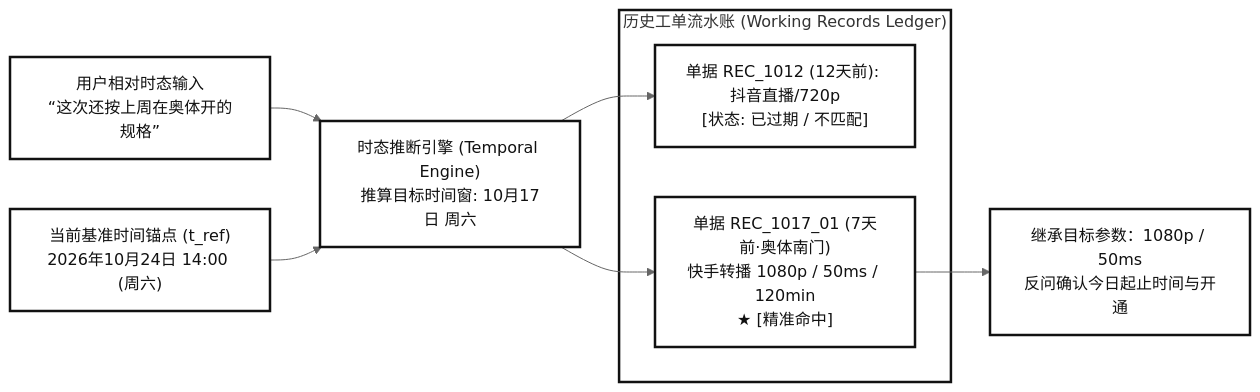
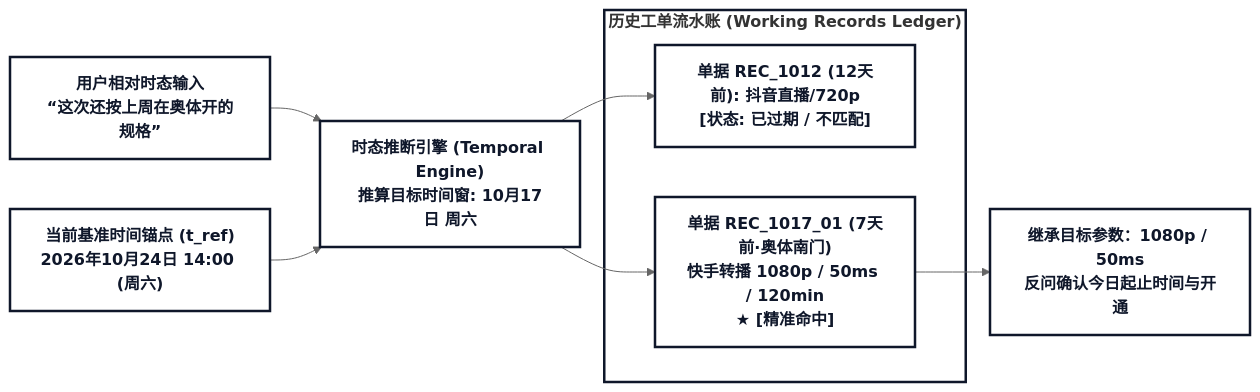
Before and after one commit to wangbanjin1/cross_data_gen: the fourth of 5 diagrams in docs/archive/memory_evolution_proposal.md, drawn with Mermaid (neutral theme). The commit also changed other lines of this file and 17 other files, not shown here.

Commit message:
docs: reorganize 4-layer doc architecture, convert ASCII to Mermaid, and upgrade HTML visual renderer

````diff
--- a/docs/archive/memory_evolution_proposal.md
+++ b/docs/archive/memory_evolution_proposal.md
@@ -139,19 +137,19 @@
 ```mermaid
 graph LR
-    classDef default fill:#FFFFFF,stroke:#111111,stroke-width:2.5px,color:#111111;
+    classDef default fill:#FFFFFF,stroke:#0F172A,stroke-width:2.5px,color:#0F172A,font-weight:bold;
 
-    UserInput["用户相对时态输入<br/>“这次还按上周在奥体开的规格”"] --> Engine["时态推断引擎 (Temporal Engine)<br/>推算目标时间窗: 10月17日 周六"]
-    TimeRef["当前基准时间锚点 (t_ref)<br/>2026年10月24日 14:00 (周六)"] --> Engine
+    UserInput["<b>用户相对时态输入<br/>“这次还按上周在奥体开的规格”</b>"] --> Engine["<b>时态推断引擎 (Temporal Engine)<br/>推算目标时间窗: 10月17日 周六</b>"]
+    TimeRef["<b>当前基准时间锚点 (t_ref)<br/>2026年10月24日 14:00 (周六)</b>"] --> Engine
 
-    subgraph Ledger ["历史工单流水账 (Working Records Ledger)"]
-        R1["单据 REC_1012 (12天前): 抖音直播/720p<br/>[状态: 已过期 / 不匹配]"]
-        R2["单据 REC_1017_01 (7天前·奥体南门)<br/>快手转播 1080p / 50ms / 120min<br/>★ [精准命中]"]
+    subgraph Ledger ["<b>历史工单流水账 (Working Records Ledger)</b>"]
+        R1["<b>单据 REC_1012 (12天前): 抖音直播/720p<br/>[状态: 已过期 / 不匹配]</b>"]
+        R2["<b>单据 REC_1017_01 (7天前·奥体南门)<br/>快手转播 1080p / 50ms / 120min<br/>★ [精准命中]</b>"]
     end
 
     Engine --> R1
     Engine --> R2
 
-    R2 --> Output["继承目标参数：1080p / 50ms<br/>反问确认今日起止时间与开通"]
+    R2 --> Output["<b>继承目标参数：1080p / 50ms<br/>反问确认今日起止时间与开通</b>"]
 
-    style Ledger fill:#FFFFFF,stroke:#111111,stroke-width:2.5px;
+    style Ledger fill:#FFFFFF,stroke:#0F172A,stroke-width:2.5px;
 ```
````
